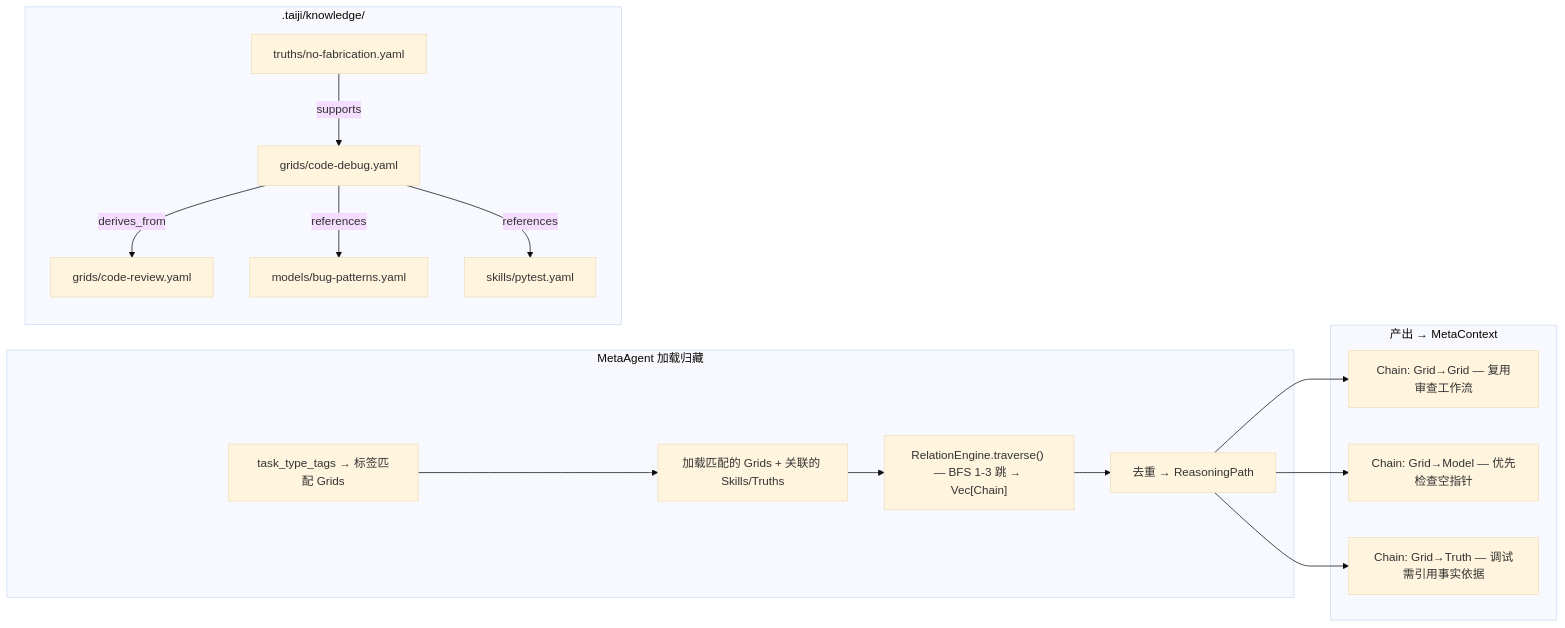
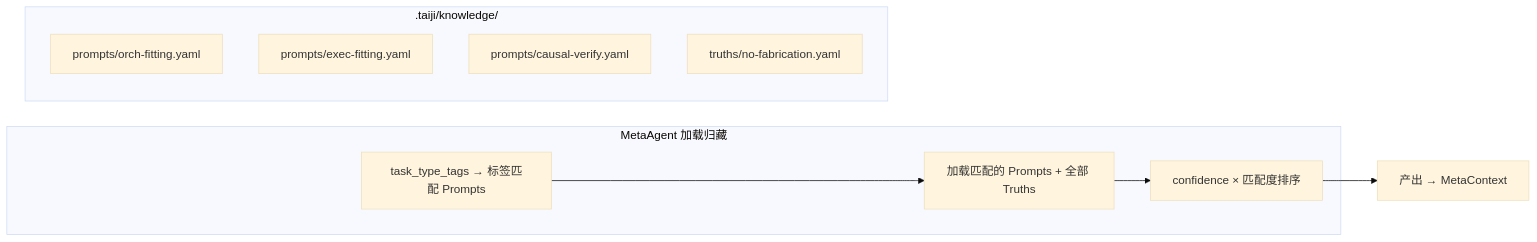
One commit to wenge6090-tech/taiji changed the fifth of 6 diagrams in BCP-蓝图-完型协议.md. Above: the diagram before and after it, drawn with Mermaid (base theme). The commit also changed other lines of this file and 79 other files, not shown here.

````diff
--- a/BCP-蓝图-完型协议.md
+++ b/BCP-蓝图-完型协议.md
@@ -539,30 +709,17 @@
 ```mermaid
 flowchart LR
     subgraph "MetaAgent 加载归藏"
-        QUERY["task_type_tags → 标签匹配 Grids"]
-        QUERY --> LOAD["加载匹配的 Grids + 关联的 Skills/Truths"]
-        LOAD --> BFS["RelationEngine.traverse() — BFS 1-3 跳 → Vec[Chain]"]
-        BFS --> DEDUP["去重 → ReasoningPath"]
+        QUERY["task_type_tags → 标签匹配 Prompts"]
+        QUERY --> LOAD["加载匹配的 Prompts + 全部 Truths"]
+        LOAD --> RANK["confidence × 匹配度排序"]
     end
 
     subgraph ".taiji/knowledge/"
-        G1["grids/code-debug.yaml"]
-        G2["grids/code-review.yaml"]
-        M1["models/bug-patterns.yaml"]
-        S1["skills/pytest.yaml"]
+        P1["prompts/orch-fitting.yaml"]
+        P2["prompts/exec-fitting.yaml"]
+        P3["prompts/causal-verify.yaml"]
         T1["truths/no-fabrication.yaml"]
-
-        G1 -->|derives_from| G2
-        G1 -->|references| M1
-        G1 -->|references| S1
-        T1 -->|supports| G1
     end
 
-    subgraph "产出 → MetaContext"
-        C1["Chain: Grid→Grid — 复用审查工作流"]
-        C2["Chain: Grid→Model — 优先检查空指针"]
-        C3["Chain: Grid→Truth — 调试需引用事实依据"]
-    end
-
-    DEDUP --> C1 & C2 & C3
+    RANK --> MC["产出 → MetaContext"]
 ```
````
